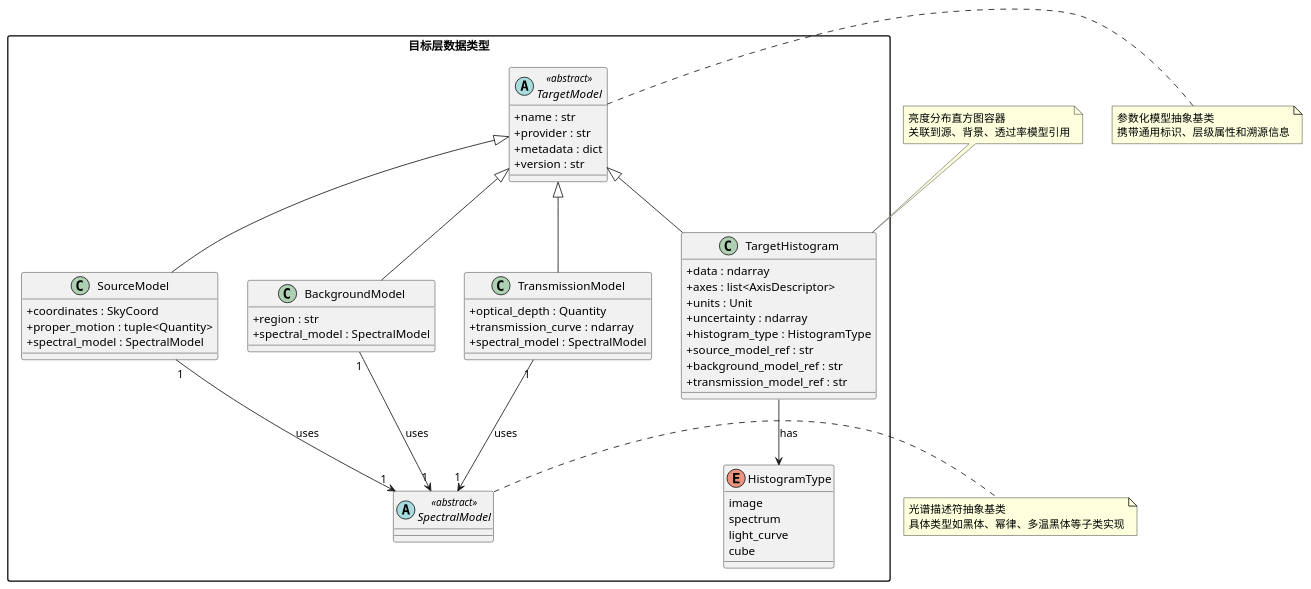
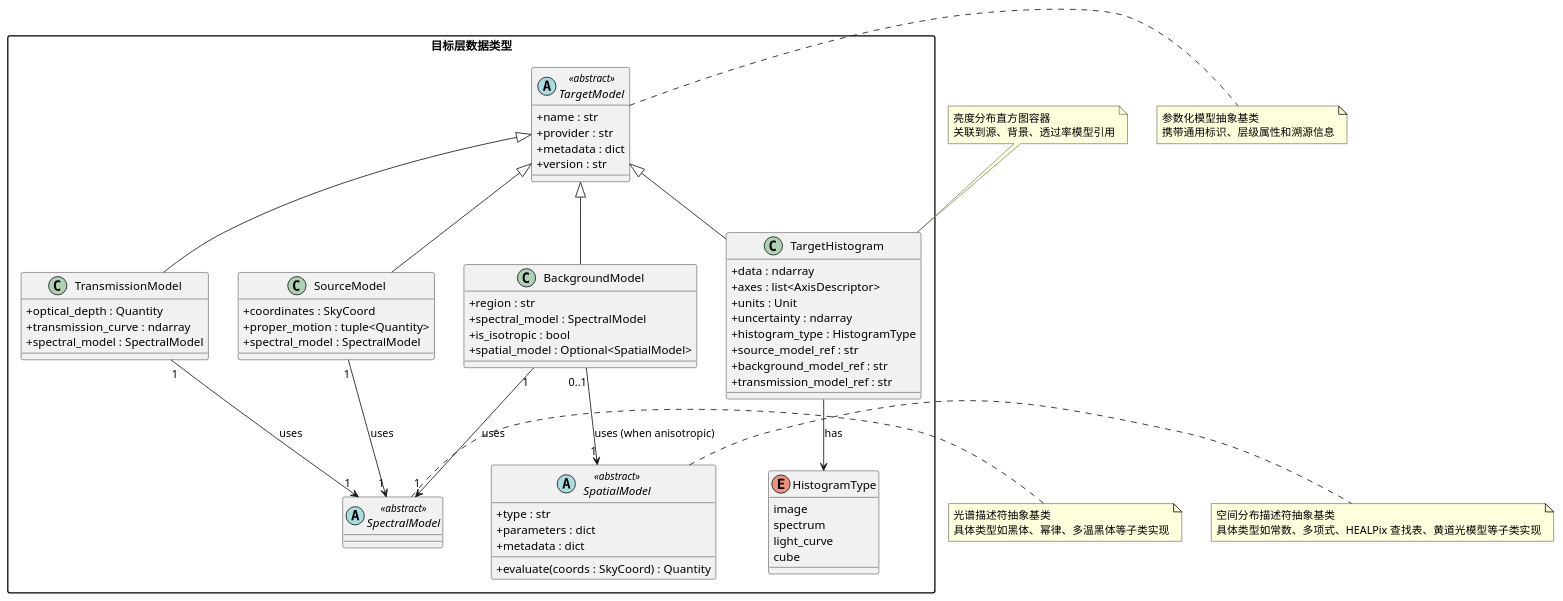
The diagram in docs/diagrams/targets/classes.puml (pigsboss/oasis), drawn with PlantUML before and after one commit. The commit also changed 2 other files, not shown here.

Commit message:
feat: add spatial anisotropy support to BackgroundModel

```diff
--- a/docs/diagrams/targets/classes.puml
+++ b/docs/diagrams/targets/classes.puml
@@ -1,78 +1,93 @@
 @startuml
 ' 目标层核心类图
 ' 基于 docs/guides/targets.md 4.1 数据类型定义
 
 skinparam classAttributeIconSize 0
 skinparam classFontStyle normal
 skinparam packageStyle rectangle
 
 package "目标层数据类型" {
 
     abstract class TargetModel <<abstract>> {
         + name : str
         + provider : str
         + metadata : dict
         + version : str
     }
 
     abstract class SpectralModel <<abstract>> {
     }
 
+    abstract class SpatialModel <<abstract>> {
+        + type : str
+        + parameters : dict
+        + metadata : dict
+        + evaluate(coords : SkyCoord) : Quantity
+    }
+
     class SourceModel extends TargetModel {
         + coordinates : SkyCoord
         + proper_motion : tuple<Quantity>
         + spectral_model : SpectralModel
     }
 
     class BackgroundModel extends TargetModel {
         + region : str
         + spectral_model : SpectralModel
+        + is_isotropic : bool
+        + spatial_model : Optional<SpatialModel>
     }
 
     class TransmissionModel extends TargetModel {
         + optical_depth : Quantity
         + transmission_curve : ndarray
         + spectral_model : SpectralModel
     }
 
     class TargetHistogram extends TargetModel {
         + data : ndarray
         + axes : list<AxisDescriptor>
         + units : Unit
         + uncertainty : ndarray
         + histogram_type : HistogramType
         + source_model_ref : str
         + background_model_ref : str
         + transmission_model_ref : str
     }
 
     enum HistogramType {
         image
         spectrum
         light_curve
         cube
     }
 
     SourceModel "1" --> "1" SpectralModel : uses
     BackgroundModel "1" --> "1" SpectralModel : uses
     TransmissionModel "1" --> "1" SpectralModel : uses
+    BackgroundModel "0..1" --> "1" SpatialModel : uses (when anisotropic)
     TargetHistogram --> HistogramType : has
 
 }
 
 note right of TargetModel
   参数化模型抽象基类
   携带通用标识、层级属性和溯源信息
 end note
 
 note right of SpectralModel
   光谱描述符抽象基类
   具体类型如黑体、幂律、多温黑体等子类实现
 end note
 
+note right of SpatialModel
+  空间分布描述符抽象基类
+  具体类型如常数、多项式、HEALPix 查找表、黄道光模型等子类实现
+end note
+
 note top of TargetHistogram
   亮度分布直方图容器
   关联到源、背景、透过率模型引用
 end note
 
 @enduml
```
